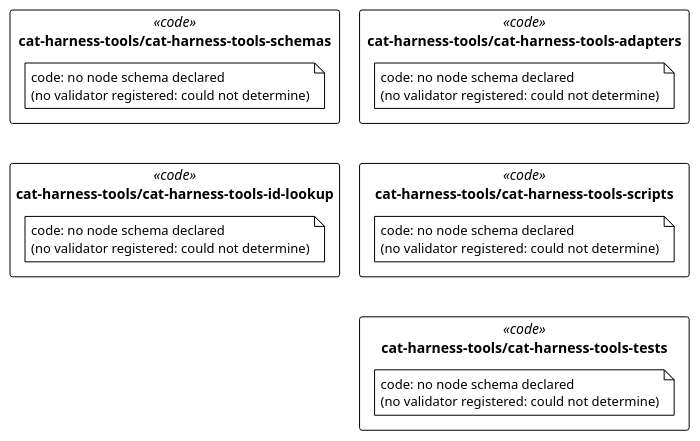
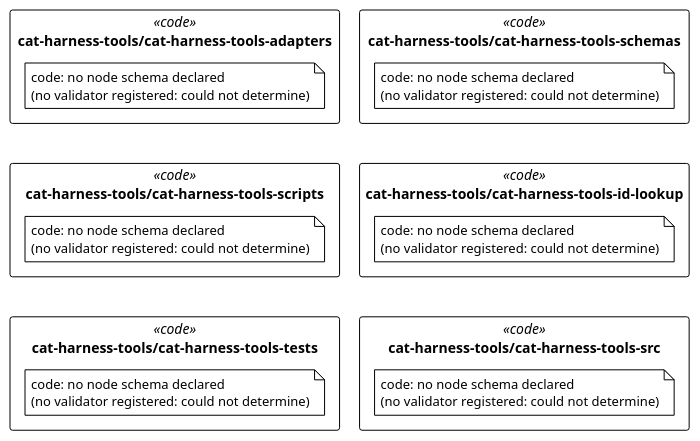
One commit to litlfred/folio-assistant changed the diagram in cat-harness/uml/overview/cat-harness-tools.puml. Above: the diagram before and after it, drawn with PlantUML. The commit also changed 49 other files, not shown here.

```diff
--- a/cat-harness/uml/overview/cat-harness-tools.puml
+++ b/cat-harness/uml/overview/cat-harness-tools.puml
@@ -3,29 +3,33 @@
 @startuml cat_harness_tools
 !pragma layout elk
 !theme plain
 skinparam classAttributeIconSize 0
 skinparam shadowing false
 skinparam packageStyle rectangle
 hide empty methods
 
 package "cat-harness-tools/cat-harness-tools-adapters" as pkg_cat_harness_tools_cat_harness_tools_adapters <<code>> {
   note "code: no node schema declared\n(no validator registered: could not determine)" as n_cat_harness_tools_cat_harness_tools_adapters_code
 }
 package "cat-harness-tools/cat-harness-tools-schemas" as pkg_cat_harness_tools_cat_harness_tools_schemas <<code>> {
   note "code: no node schema declared\n(no validator registered: could not determine)" as n_cat_harness_tools_cat_harness_tools_schemas_code
 }
 package "cat-harness-tools/cat-harness-tools-scripts" as pkg_cat_harness_tools_cat_harness_tools_scripts <<code>> {
   note "code: no node schema declared\n(no validator registered: could not determine)" as n_cat_harness_tools_cat_harness_tools_scripts_code
 }
 package "cat-harness-tools/cat-harness-tools-id-lookup" as pkg_cat_harness_tools_cat_harness_tools_id_lookup <<code>> {
   note "code: no node schema declared\n(no validator registered: could not determine)" as n_cat_harness_tools_cat_harness_tools_id_lookup_code
 }
 package "cat-harness-tools/cat-harness-tools-tests" as pkg_cat_harness_tools_cat_harness_tools_tests <<code>> {
   note "code: no node schema declared\n(no validator registered: could not determine)" as n_cat_harness_tools_cat_harness_tools_tests_code
 }
+package "cat-harness-tools/cat-harness-tools-src" as pkg_cat_harness_tools_cat_harness_tools_src <<code>> {
+  note "code: no node schema declared\n(no validator registered: could not determine)" as n_cat_harness_tools_cat_harness_tools_src_code
+}
 
-' grid: portrait, 2 column(s) — pkg_cat_harness_tools_cat_harness_tools_adapters pkg_cat_harness_tools_cat_harness_tools_schemas pkg_cat_harness_tools_cat_harness_tools_scripts pkg_cat_harness_tools_cat_harness_tools_id_lookup pkg_cat_harness_tools_cat_harness_tools_tests
+' grid: portrait, 2 column(s) — pkg_cat_harness_tools_cat_harness_tools_adapters pkg_cat_harness_tools_cat_harness_tools_schemas pkg_cat_harness_tools_cat_harness_tools_scripts pkg_cat_harness_tools_cat_harness_tools_id_lookup pkg_cat_harness_tools_cat_harness_tools_tests pkg_cat_harness_tools_cat_harness_tools_src
 pkg_cat_harness_tools_cat_harness_tools_adapters -[hidden]down- pkg_cat_harness_tools_cat_harness_tools_scripts
 pkg_cat_harness_tools_cat_harness_tools_schemas -[hidden]down- pkg_cat_harness_tools_cat_harness_tools_id_lookup
 pkg_cat_harness_tools_cat_harness_tools_scripts -[hidden]down- pkg_cat_harness_tools_cat_harness_tools_tests
+pkg_cat_harness_tools_cat_harness_tools_id_lookup -[hidden]down- pkg_cat_harness_tools_cat_harness_tools_src
 @enduml
```
